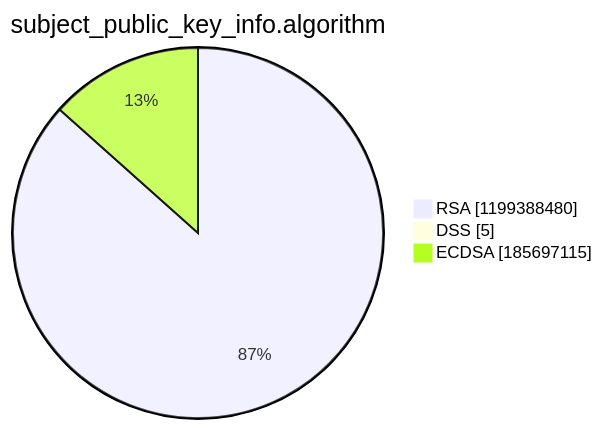
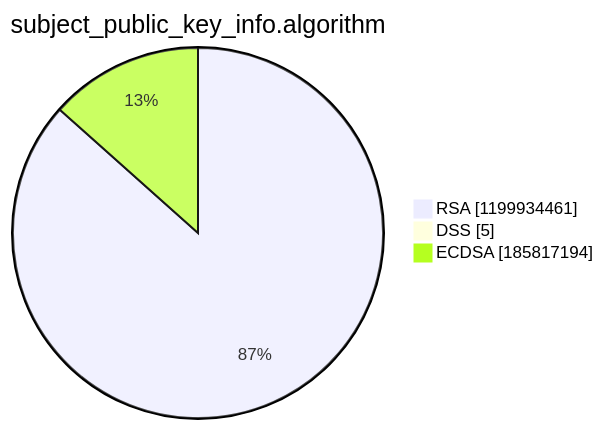
One commit to christiankrug/ctmonitor_visualization changed the third of 15 diagrams in argon2022/README.md. Above: the diagram before and after it, drawn with Mermaid. The commit also changed other lines of this file, not shown here.

````diff
--- a/argon2022/README.md
+++ b/argon2022/README.md
@@ -14,7 +14,7 @@
 ```mermaid
 pie showData
 title subject_public_key_info.algorithm
-"RSA" :1199388480
+"RSA" :1199934461
 "DSS" :5
-"ECDSA" :185697115
+"ECDSA" :185817194
 ```
````
